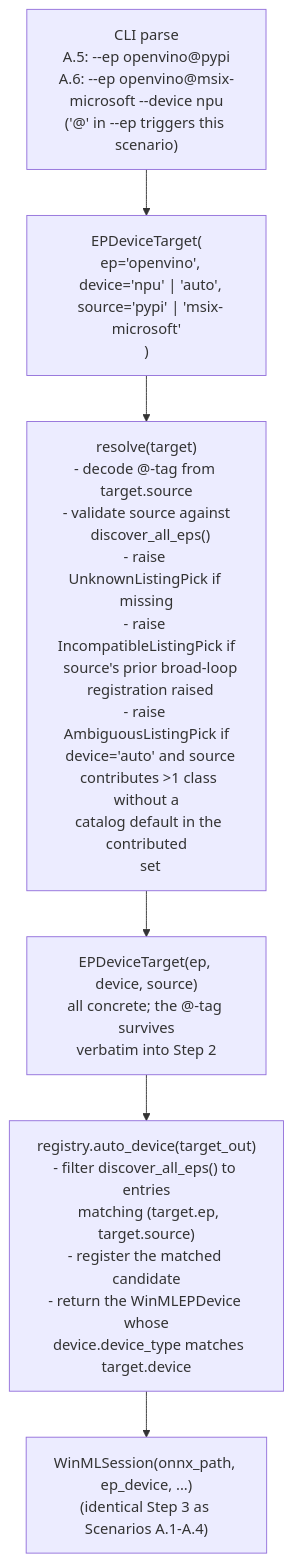
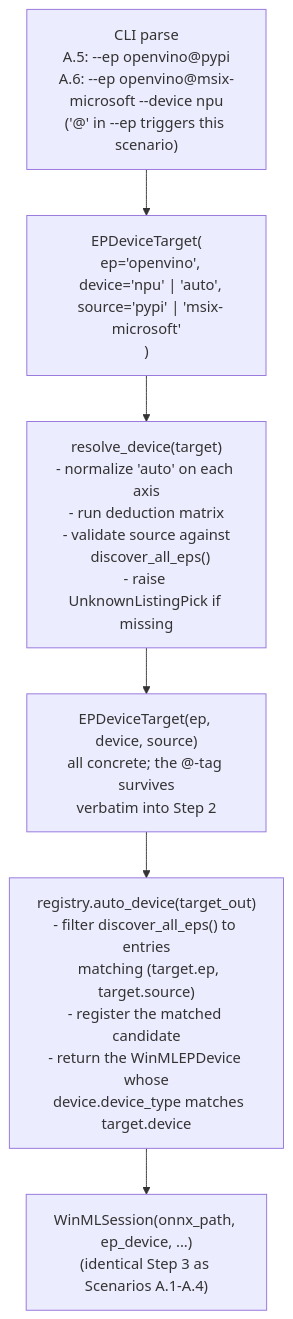
The second of 4 diagrams in docs/design/session/2_coreloop.md (microsoft/winml-cli), drawn with Mermaid before and after one commit. The commit also changed other lines of this file and 13 other files, not shown here.

First line of the commit message:
refactor(session): typed resolve_device(target) + 2_coreloop.md reorg

````diff
--- a/docs/design/session/2_coreloop.md
+++ b/docs/design/session/2_coreloop.md
@@ -466,15 +615,15 @@
 ```mermaid
 flowchart TD
     cli["CLI parse<br/>A.5: --ep openvino@pypi<br/>A.6: --ep openvino@msix-microsoft --device npu<br/>('@' in --ep triggers this scenario)"]
     target_in["EPDeviceTarget(<br/>  ep='openvino',<br/>  device='npu' | 'auto',<br/>  source='pypi' | 'msix-microsoft'<br/>)"]
-    resolve["resolve(target)<br/>- decode @-tag from target.source<br/>- validate source against<br/>  discover_all_eps()<br/>- raise UnknownListingPick if missing<br/>- raise IncompatibleListingPick if<br/>  source's prior broad-loop<br/>  registration raised<br/>- raise AmbiguousListingPick if<br/>  device='auto' and source<br/>  contributes >1 class without a<br/>  catalog default in the contributed<br/>  set"]
+    resolve["resolve_device(target)<br/>- normalize 'auto' on each axis<br/>- run deduction matrix<br/>- validate source against<br/>  discover_all_eps()<br/>- raise UnknownListingPick if missing"]
     target_out["EPDeviceTarget(ep, device, source)<br/>all concrete; the @-tag survives<br/>verbatim into Step 2"]
     auto["registry.auto_device(target_out)<br/>- filter discover_all_eps() to entries<br/>  matching (target.ep, target.source)<br/>- register the matched candidate<br/>- return the WinMLEPDevice whose<br/>  device.device_type matches target.device"]
     rest["WinMLSession(onnx_path, ep_device, ...)<br/>(identical Step 3 as Scenarios A.1-A.4)"]
 
     cli --> target_in
     target_in --> resolve
     resolve --> target_out
     target_out --> auto
     auto --> rest
 ```
````
